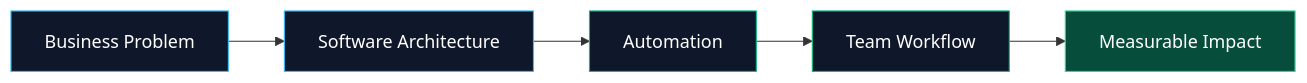
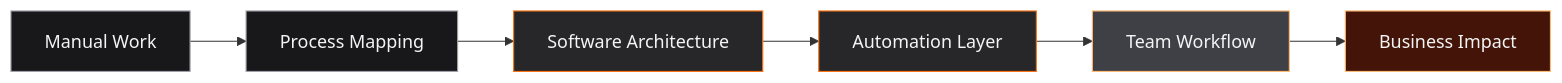
Before and after one commit to mauriciocamargo-dev/mauriciocamargo-dev: the diagram in README.md, drawn with Mermaid. The commit also changed other lines of this file, not shown here.

````diff
--- a/README.md
+++ b/README.md
@@ -122,13 +123,15 @@
 ```mermaid
 flowchart LR
-    A[Business Problem] --> B[Software Architecture]
-    B --> C[Automation]
-    C --> D[Team Workflow]
-    D --> E[Measurable Impact]
+    A[Manual Work] --> B[Process Mapping]
+    B --> C[Software Architecture]
+    C --> D[Automation Layer]
+    D --> E[Team Workflow]
+    E --> F[Business Impact]
 
-    style A fill:#0f172a,stroke:#38bdf8,color:#fff
-    style B fill:#0f172a,stroke:#38bdf8,color:#fff
-    style C fill:#0f172a,stroke:#10b981,color:#fff
-    style D fill:#0f172a,stroke:#10b981,color:#fff
-    style E fill:#064e3b,stroke:#34d399,color:#fff
+    style A fill:#18181B,stroke:#A1A1AA,color:#F4F4F5
+    style B fill:#18181B,stroke:#A1A1AA,color:#F4F4F5
+    style C fill:#27272A,stroke:#F97316,color:#F4F4F5
+    style D fill:#27272A,stroke:#F97316,color:#F4F4F5
+    style E fill:#3F3F46,stroke:#FDBA74,color:#F4F4F5
+    style F fill:#431407,stroke:#FDBA74,color:#F4F4F5
 ```
````
